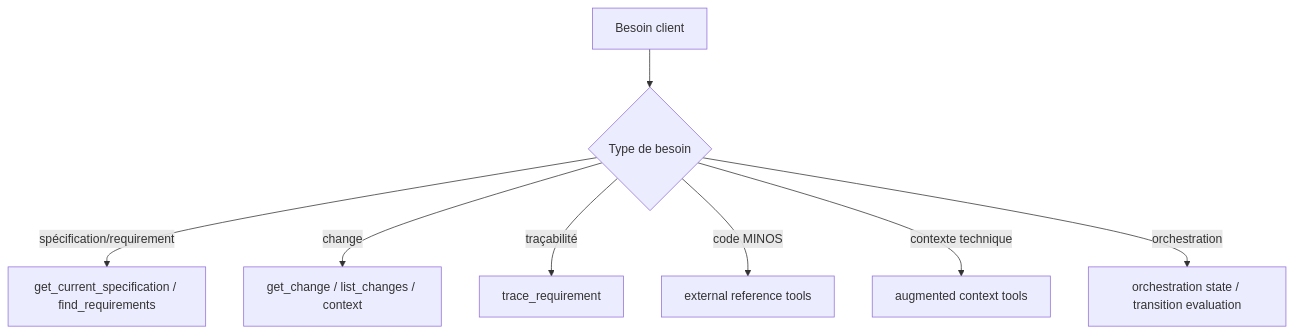
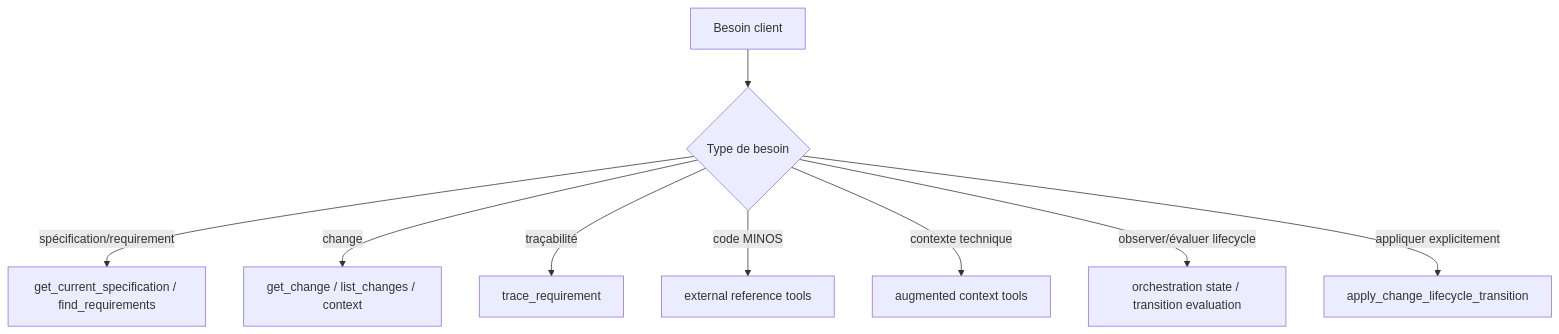
One commit to FTurleque/morpheus-engine changed the third of 5 diagrams in docs/developer/MCP.md. Above: the diagram before and after it, drawn with Mermaid. The commit also changed other lines of this file, not shown here.

````diff
--- a/docs/developer/MCP.md
+++ b/docs/developer/MCP.md
@@ -101,10 +204,11 @@
 ```mermaid
 flowchart TD
     Q[Besoin client] --> T{Type de besoin}
     T -->|spécification/requirement| S[get_current_specification / find_requirements]
     T -->|change| C[get_change / list_changes / context]
     T -->|traçabilité| R[trace_requirement]
     T -->|code MINOS| M[external reference tools]
     T -->|contexte technique| N[augmented context tools]
-    T -->|orchestration| O[orchestration state / transition evaluation]
+    T -->|observer/évaluer lifecycle| O[orchestration state / transition evaluation]
+    T -->|appliquer explicitement| W[apply_change_lifecycle_transition]
 ```
````
